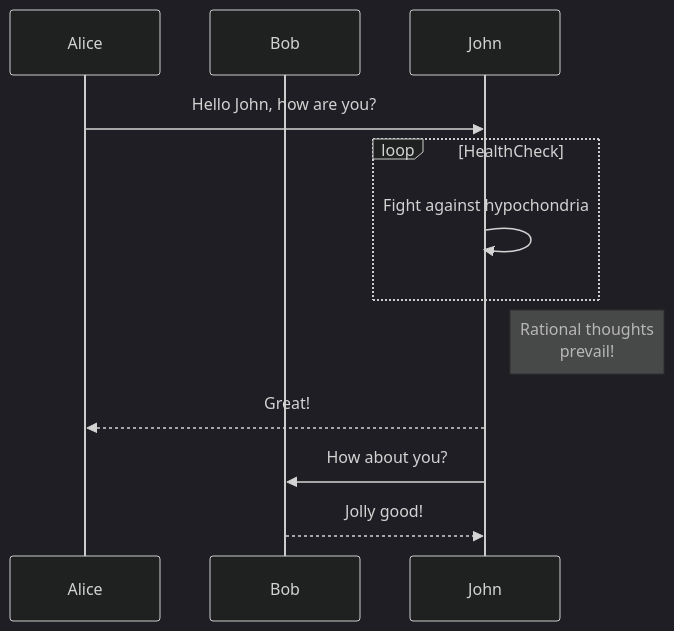
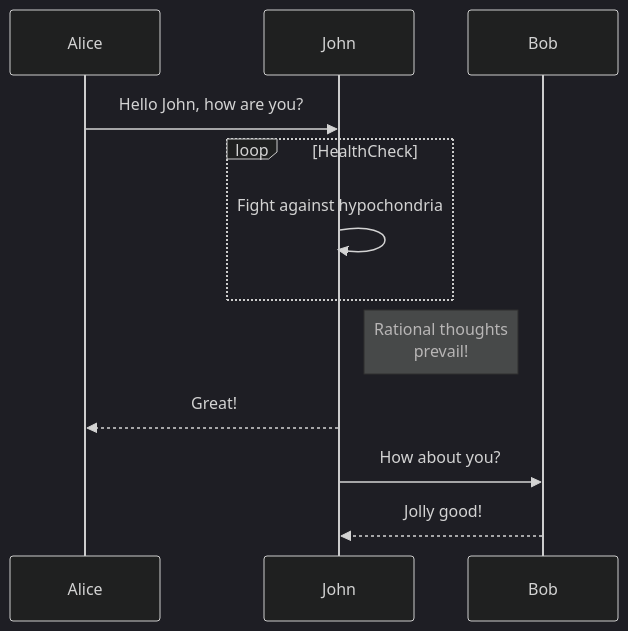
Before and after one commit to Kietpawpan/carbon: the first of 2 diagrams in README.md, drawn with Mermaid (dark theme).

````diff
--- a/README.md
+++ b/README.md
@@ -9,13 +9,11 @@
 ```mermaid
 sequenceDiagram
-    participant Alice
-    participant Bob
     Alice->>John: Hello John, how are you?
     loop HealthCheck
         John->>John: Fight against hypochondria
     end
     Note right of John: Rational thoughts <br/>prevail!
     John-->>Alice: Great!
     John->>Bob: How about you?
     Bob-->>John: Jolly good!
 ```
````
